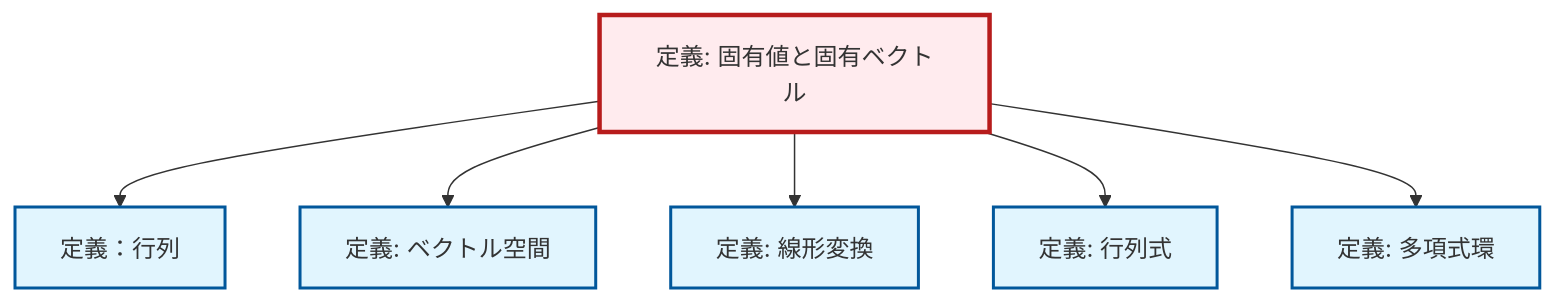
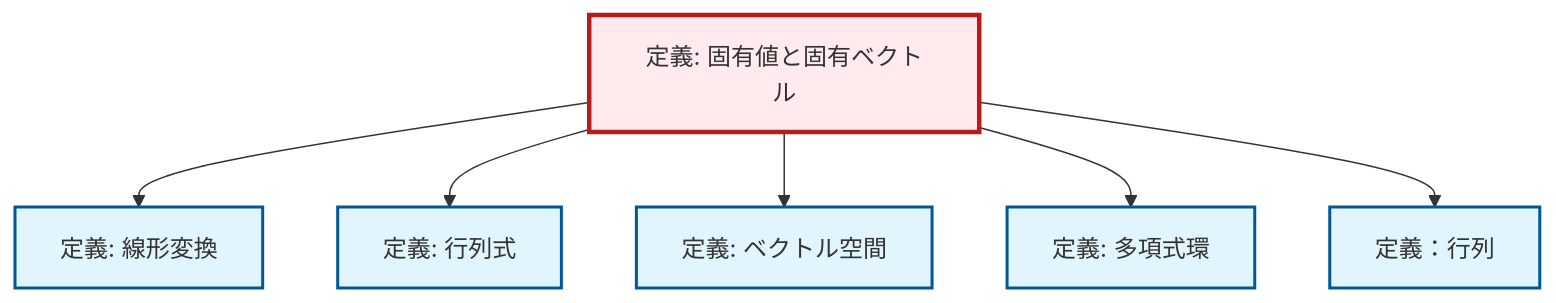
Before and after one commit to RK0429/ModernMath: the diagram in content/ja/algebra/def-eigenvalue-eigenvector.qmd, drawn with Mermaid. The commit also changed other lines of this file and 1012 other files, not shown here.

````diff
--- a/content/ja/algebra/def-eigenvalue-eigenvector.qmd
+++ b/content/ja/algebra/def-eigenvalue-eigenvector.qmd
@@ -77,26 +77,26 @@
 ```{mermaid}
 %%| fig-cap: "Local dependency graph"
 graph TD
     classDef definition fill:#e1f5fe,stroke:#01579b,stroke-width:2px
     classDef theorem fill:#f3e5f5,stroke:#4a148c,stroke-width:2px
     classDef axiom fill:#fff3e0,stroke:#e65100,stroke-width:2px
     classDef example fill:#e8f5e9,stroke:#1b5e20,stroke-width:2px
     classDef current fill:#ffebee,stroke:#b71c1c,stroke-width:3px
-    def-determinant["定義: 行列式"]:::definition
-    def-linear-transformation["定義: 線形変換"]:::definition
     def-polynomial-ring["定義: 多項式環"]:::definition
     def-vector-space["定義: ベクトル空間"]:::definition
+    def-linear-transformation["定義: 線形変換"]:::definition
     def-eigenvalue-eigenvector["定義: 固有値と固有ベクトル"]:::definition
     def-matrix["定義：行列"]:::definition
-    def-eigenvalue-eigenvector --> def-matrix
-    def-eigenvalue-eigenvector --> def-vector-space
+    def-determinant["定義: 行列式"]:::definition
     def-eigenvalue-eigenvector --> def-linear-transformation
     def-eigenvalue-eigenvector --> def-determinant
+    def-eigenvalue-eigenvector --> def-vector-space
     def-eigenvalue-eigenvector --> def-polynomial-ring
+    def-eigenvalue-eigenvector --> def-matrix
     class def-eigenvalue-eigenvector current
-    click def-determinant "def-determinant.html" "行列式の定義へ"
-    click def-linear-transformation "def-linear-transformation.html" "線形変換の定義へ"
     click def-polynomial-ring "def-polynomial-ring.html" "多項式環の定義へ"
     click def-vector-space "def-vector-space.html" "ベクトル空間の定義へ"
+    click def-linear-transformation "def-linear-transformation.html" "線形変換の定義へ"
     click def-matrix "def-matrix.html" "定義：行列へ"
+    click def-determinant "def-determinant.html" "行列式の定義へ"
 ```
````
